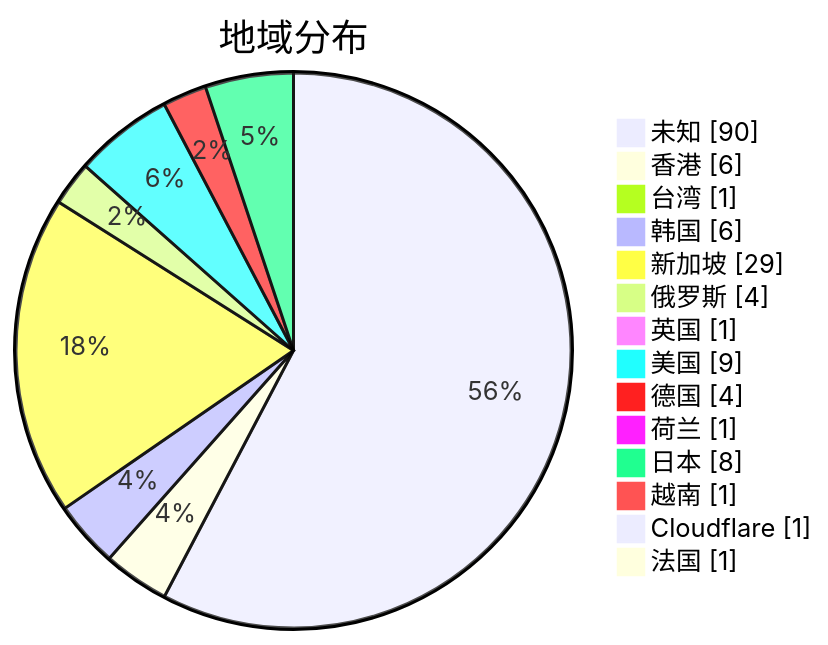
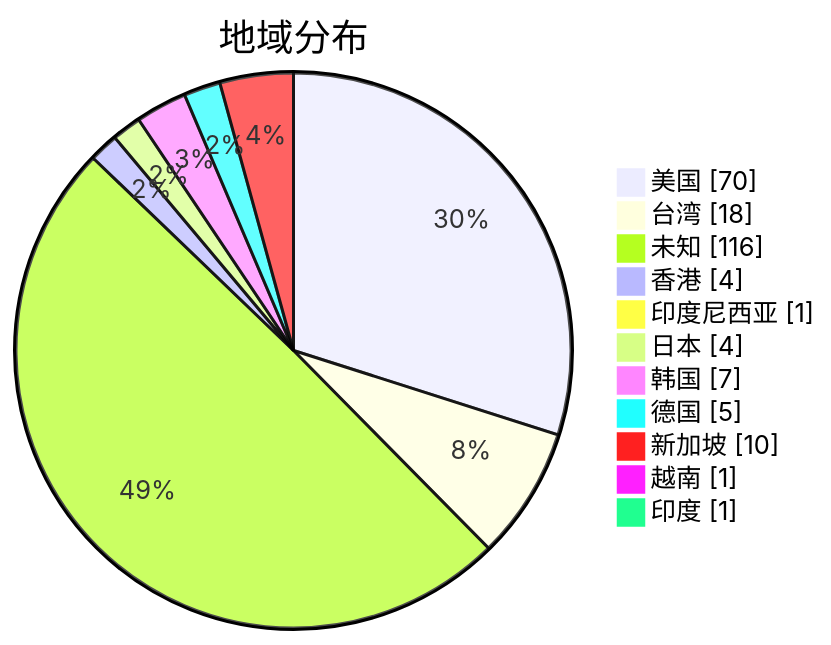
One commit to sinspired/airport changed the second of 3 diagrams in subs/statistics/tested_within.md. Above: the diagram before and after it, drawn with Mermaid. The commit also changed other lines of this file and 2 other files, not shown here.

````diff
--- a/subs/statistics/tested_within.md
+++ b/subs/statistics/tested_within.md
@@ -15,18 +15,15 @@
 ```mermaid
 pie showData
 title 地域分布
-"未知" : 90
-"香港" : 6
-"台湾" : 1
-"韩国" : 6
-"新加坡" : 29
-"俄罗斯" : 4
-"英国" : 1
-"美国" : 9
-"德国" : 4
-"荷兰" : 1
-"日本" : 8
+"美国" : 70
+"台湾" : 18
+"未知" : 116
+"香港" : 4
+"印度尼西亚" : 1
+"日本" : 4
+"韩国" : 7
+"德国" : 5
+"新加坡" : 10
 "越南" : 1
-"Cloudflare" : 1
-"法国" : 1
+"印度" : 1
 ```
````
